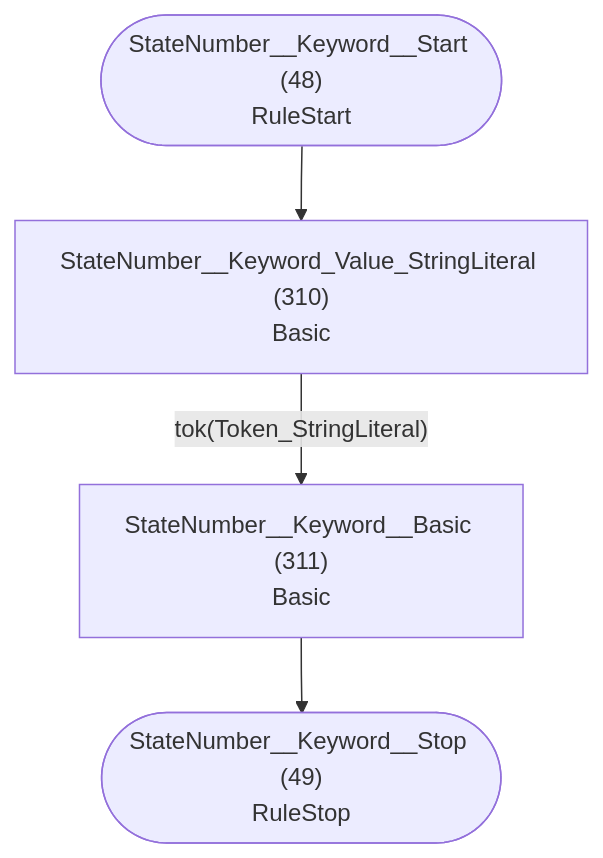
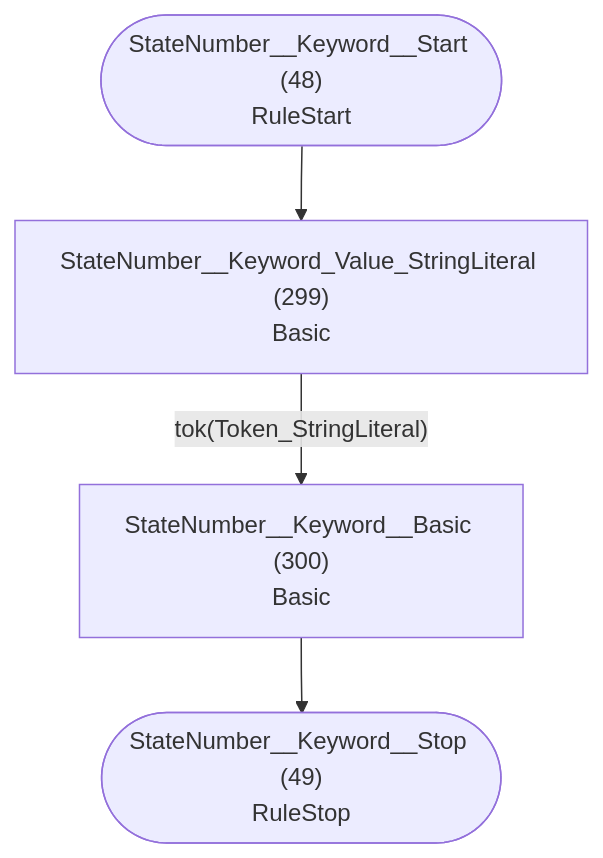
Before and after one commit to TypeFox/fastbelt: diagram 25 of 36 in internal/grammar/atn.md, drawn with Mermaid. The commit also changed other lines of this file and 9 other files, not shown here.

````diff
--- a/internal/grammar/atn.md
+++ b/internal/grammar/atn.md
@@ -774,11 +749,11 @@
 ```mermaid
 flowchart TD
     q48(["StateNumber__Keyword__Start (48)<br/>RuleStart"])
     q49(["StateNumber__Keyword__Stop (49)<br/>RuleStop"])
-    q310["StateNumber__Keyword_Value_StringLiteral (310)<br/>Basic<br/>"]
-    q311["StateNumber__Keyword__Basic (311)<br/>Basic<br/>"]
+    q299["StateNumber__Keyword_Value_StringLiteral (299)<br/>Basic<br/>"]
+    q300["StateNumber__Keyword__Basic (300)<br/>Basic<br/>"]
 
-    q48 --> q310
-    q310 -->|"tok(Token_StringLiteral)"| q311
-    q311 --> q49
+    q48 --> q299
+    q299 -->|"tok(Token_StringLiteral)"| q300
+    q300 --> q49
 ```
````
